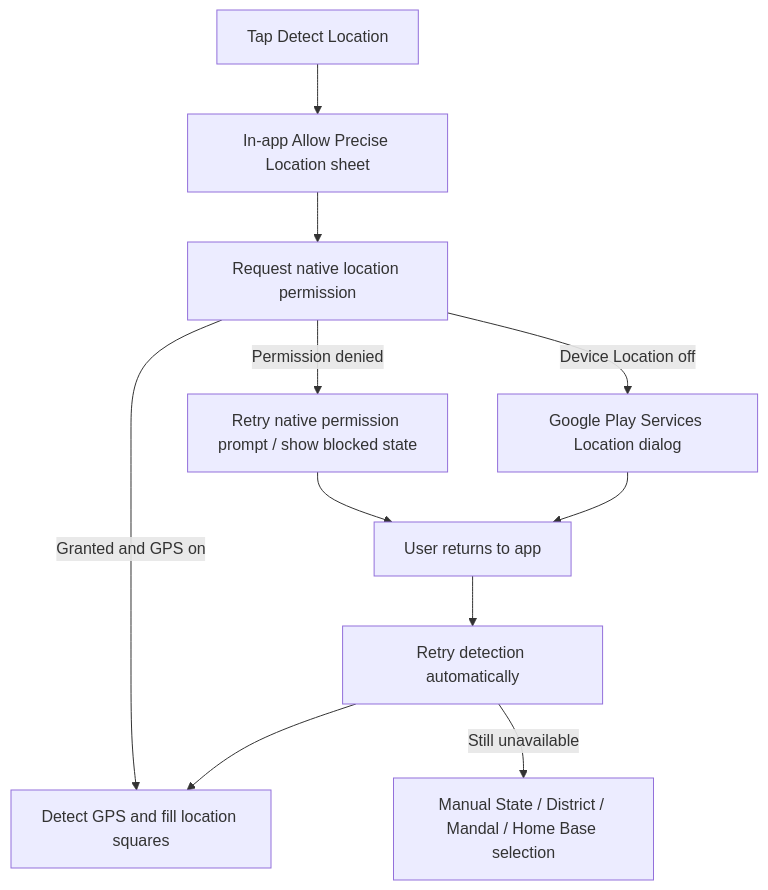
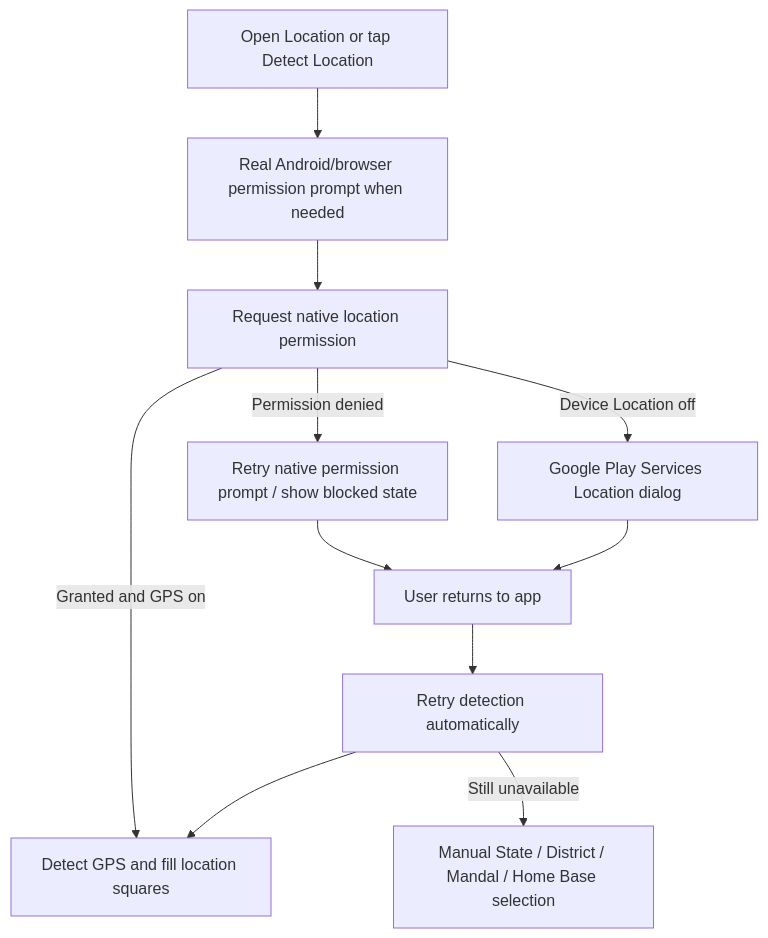
Before and after one commit to jksurampudi5/findlostpuppy: the ninth of 9 diagrams in docs/navigation-flow.md, drawn with Mermaid. The commit also changed other lines of this file and 7 other files, not shown here.

Commit message:
Update docs for final location detection flow

````diff
--- a/docs/navigation-flow.md
+++ b/docs/navigation-flow.md
@@ -414,13 +414,13 @@
 ```mermaid
 flowchart TD
-  A[Tap Detect Location] --> B[In-app Allow Precise Location sheet]
+  A[Open Location or tap Detect Location] --> B[Real Android/browser permission prompt when needed]
   B --> C[Request native location permission]
   C -->|Granted and GPS on| D[Detect GPS and fill location squares]
   C -->|Permission denied| E[Retry native permission prompt / show blocked state]
   C -->|Device Location off| F[Google Play Services Location dialog]
   E --> G[User returns to app]
   F --> G
   G --> H[Retry detection automatically]
   H --> D
   H -->|Still unavailable| I[Manual State / District / Mandal / Home Base selection]
 ```
````
